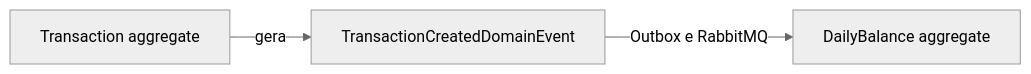
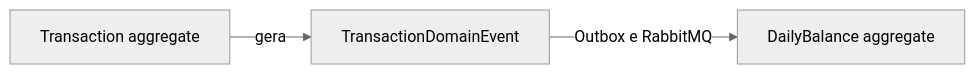
One commit to lscarvalhoo/DailyLedger changed the seventh of 7 diagrams in LedgerFlow/README.md. Above: the diagram before and after it, drawn with Mermaid (neutral theme). The commit also changed other lines of this file, not shown here.

````diff
--- a/LedgerFlow/README.md
+++ b/LedgerFlow/README.md
@@ -366,5 +366,5 @@
 ```mermaid
 flowchart LR
-		TRANSACTION[Transaction aggregate] -->|gera| EVENT[TransactionCreatedDomainEvent]
+		TRANSACTION[Transaction aggregate] -->|gera| EVENT[TransactionDomainEvent]
 		EVENT -->|Outbox e RabbitMQ| BALANCE[DailyBalance aggregate]
 ```
````
